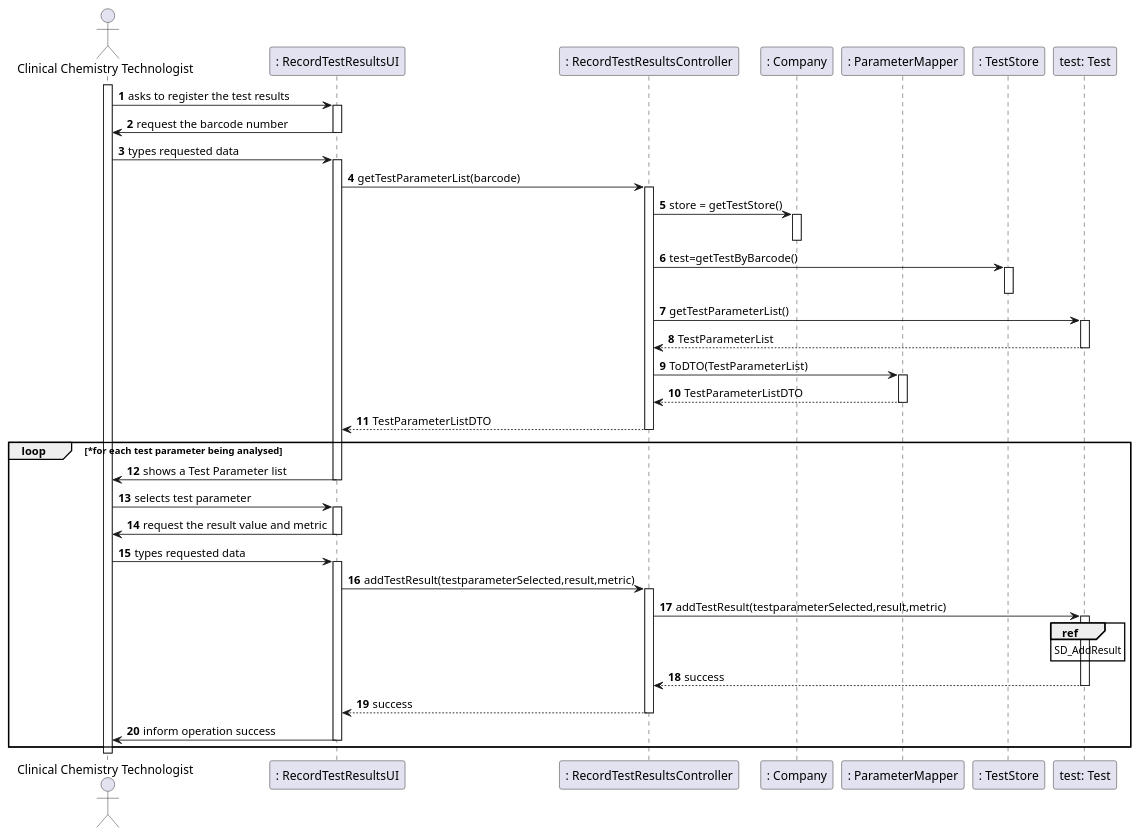
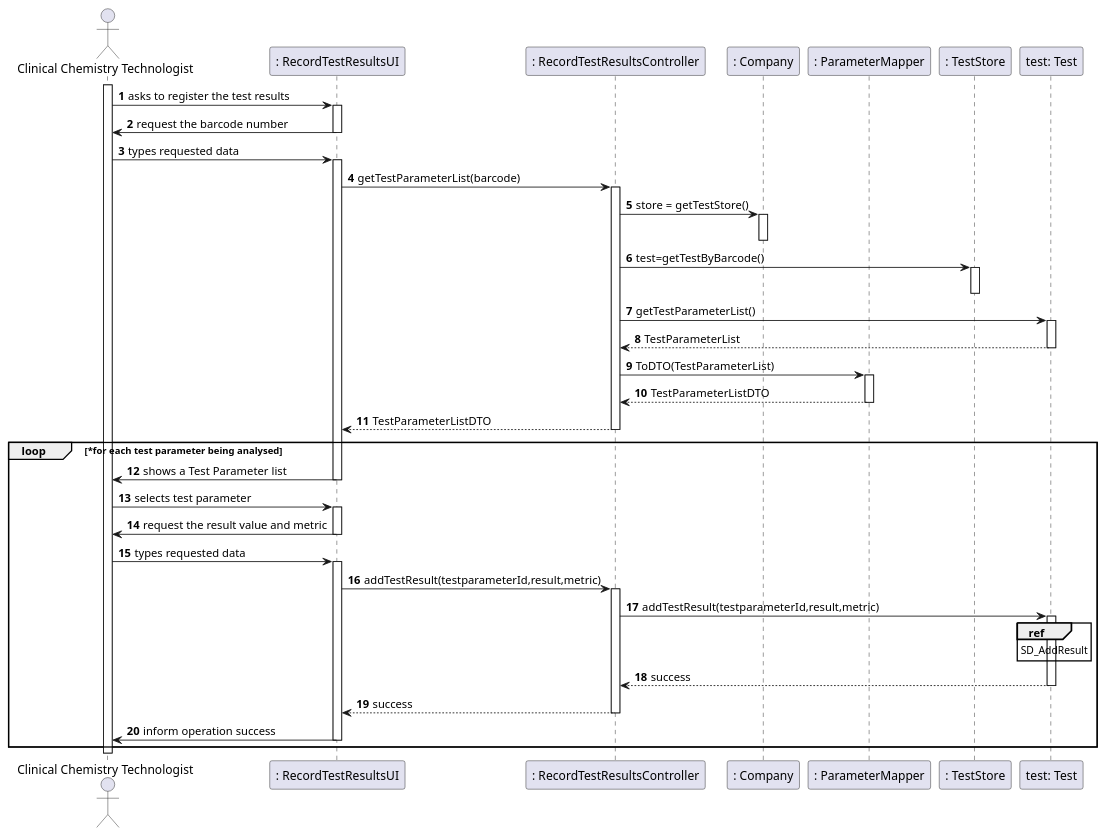
Before and after one commit to manu-07-ela/LAPR2_ISEP: the diagram in docs/SprintC/US12/US12_SD.puml, drawn with PlantUML. The commit also changed 7 other files, not shown here.

```diff
--- a/docs/SprintC/US12/US12_SD.puml
+++ b/docs/SprintC/US12/US12_SD.puml
@@ -1,70 +1,70 @@
 @startuml
 autonumber
 'hide footbox
 actor "Clinical Chemistry Technologist" as CCT
 
 participant ": RecordTestResultsUI" as UI
 participant ": RecordTestResultsController" as CTRL
 participant ": Company" as Comp
 participant ": ParameterMapper" as PMapper
 participant ": TestStore" as TStore
 participant "test: Test" as Test
 
 activate CCT
 CCT -> UI : asks to register the test results
 activate UI
 UI -> CCT : request the barcode number
 deactivate UI
 CCT -> UI : types requested data
 activate UI
 UI -> CTRL : getTestParameterList(barcode)
 activate CTRL
 CTRL -> Comp : store = getTestStore()
 activate Comp
 deactivate Comp
 CTRL -> TStore : test=getTestByBarcode()
 activate TStore
 deactivate TStore
 CTRL -> Test : getTestParameterList()
 activate Test
 Test --> CTRL : TestParameterList
 deactivate Test
 CTRL -> PMapper : ToDTO(TestParameterList)
 activate PMapper
 PMapper --> CTRL : TestParameterListDTO
 deactivate PMapper
 
 
 CTRL --> UI : TestParameterListDTO
 deactivate CTRL
 loop *for each test parameter being analysed
 UI -> CCT : shows a Test Parameter list
 deactivate UI
 CCT -> UI : selects test parameter
 activate UI
 UI -> CCT : request the result value and metric
 deactivate UI
 CCT -> UI : types requested data
 activate UI
-UI -> CTRL : addTestResult(testparameterSelected,result,metric)
+UI -> CTRL : addTestResult(testparameterId,result,metric)
 activate CTRL
-CTRL -> Test : addTestResult(testparameterSelected,result,metric)
+CTRL -> Test : addTestResult(testparameterId,result,metric)
 activate Test
 ref over Test
 SD_AddResult
 end ref
 Test --> CTRL : success
 deactivate Test
 
 CTRL --> UI : success
 deactivate CTRL
 UI -> CCT :  inform operation success
 deactivate UI
 end
 
 
 
 
 
 deactivate CCT
 @enduml
```
